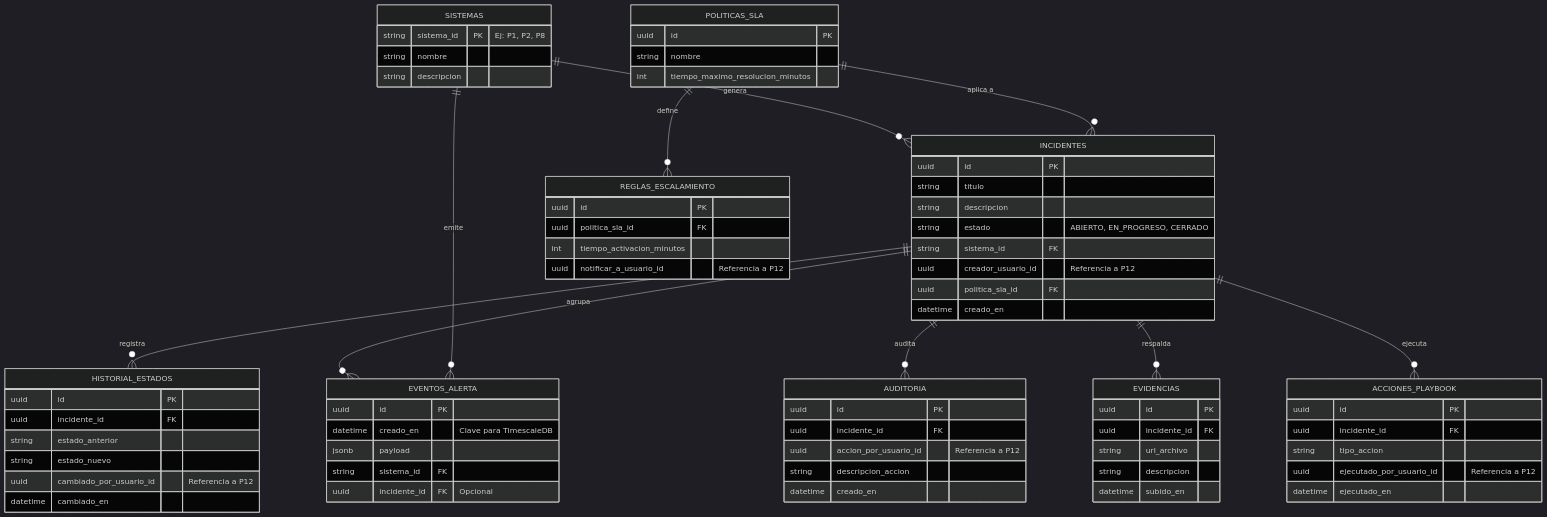
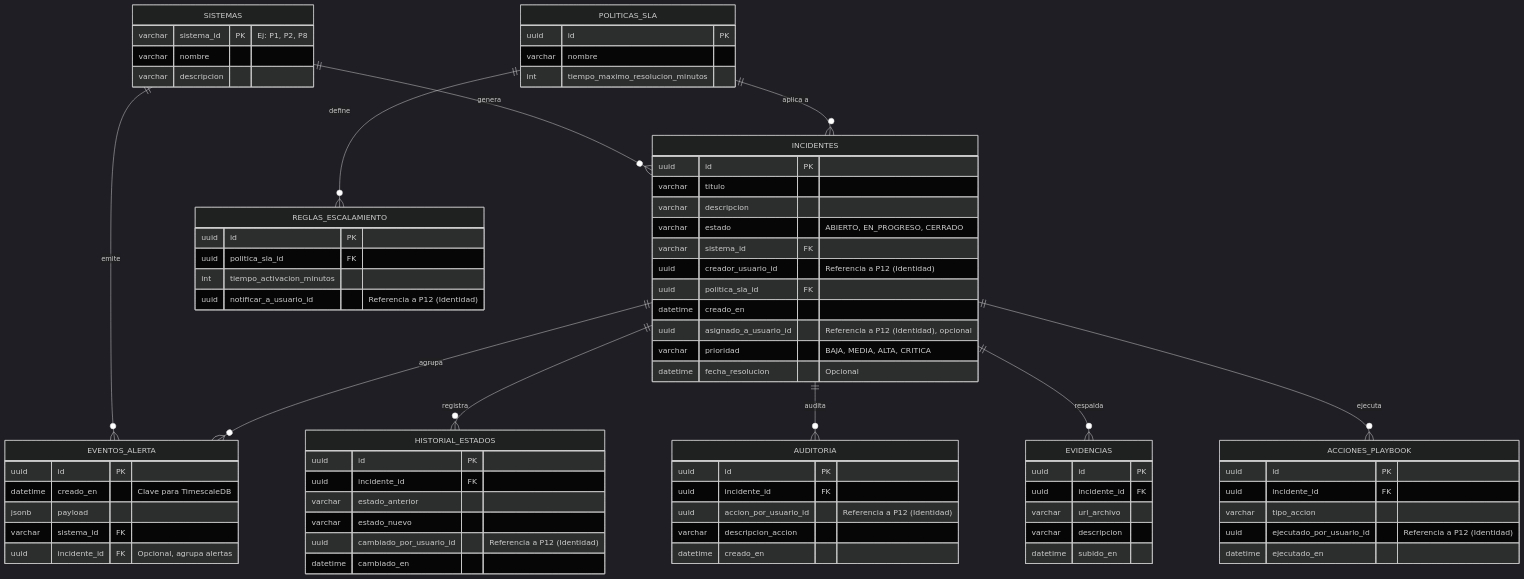
One commit to Fabrich21/Proyecto11---MochiCode changed the diagram in README.md. Above: the diagram before and after it, drawn with Mermaid (dark theme). The commit also changed other lines of this file and 9 other files, not shown here.

````diff
--- a/README.md
+++ b/README.md
@@ -63,42 +69,45 @@
 ```mermaid
 erDiagram
     SISTEMAS {
-        string sistema_id PK "Ej: P1, P2, P8"
-        string nombre
-        string descripcion
+        varchar sistema_id PK "Ej: P1, P2, P8"
+        varchar nombre
+        varchar descripcion
     }
 
     POLITICAS_SLA {
         uuid id PK
-        string nombre
+        varchar nombre
         int tiempo_maximo_resolucion_minutos
     }
 
     INCIDENTES {
         uuid id PK
-        string titulo
-        string descripcion
-        string estado "ABIERTO, EN_PROGRESO, CERRADO"
-        string sistema_id FK
-        uuid creador_usuario_id "Referencia a P12"
+        varchar titulo
+        varchar descripcion
+        varchar estado "ABIERTO, EN_PROGRESO, CERRADO"
+        varchar sistema_id FK
+        uuid creador_usuario_id "Referencia a P12 (Identidad)"
         uuid politica_sla_id FK
         datetime creado_en
+        uuid asignado_a_usuario_id "Referencia a P12 (Identidad), opcional"
+        varchar prioridad "BAJA, MEDIA, ALTA, CRITICA"
+        datetime fecha_resolucion "Opcional"
     }
 
     EVENTOS_ALERTA {
         uuid id PK
         datetime creado_en "Clave para TimescaleDB"
         jsonb payload
-        string sistema_id FK
-        uuid incidente_id FK "Opcional"
+        varchar sistema_id FK
+        uuid incidente_id FK "Opcional, agrupa alertas"
     }
 
     HISTORIAL_ESTADOS {
         uuid id PK
         uuid incidente_id FK
-        string estado_anterior
-        string estado_nuevo
-        uuid cambiado_por_usuario_id "Referencia a P12"
+        varchar estado_anterior
+        varchar estado_nuevo
+        uuid cambiado_por_usuario_id "Referencia a P12 (Identidad)"
         datetime cambiado_en
     }
 
@@ -106,41 +115,42 @@
         uuid id PK
         uuid politica_sla_id FK
         int tiempo_activacion_minutos
-        uuid notificar_a_usuario_id "Referencia a P12"
+        uuid notificar_a_usuario_id "Referencia a P12 (Identidad)"
     }
 
     AUDITORIA {
         uuid id PK
         uuid incidente_id FK
-        uuid accion_por_usuario_id "Referencia a P12"
-        string descripcion_accion
+        uuid accion_por_usuario_id "Referencia a P12 (Identidad)"
+        varchar descripcion_accion
         datetime creado_en
     }
 
     EVIDENCIAS {
         uuid id PK
         uuid incidente_id FK
-        string url_archivo
-        string descripcion
+        varchar url_archivo
+        varchar descripcion
         datetime subido_en
     }
 
     ACCIONES_PLAYBOOK {
         uuid id PK
         uuid incidente_id FK
-        string tipo_accion
-        uuid ejecutado_por_usuario_id "Referencia a P12"
+        varchar tipo_accion
+        uuid ejecutado_por_usuario_id "Referencia a P12 (Identidad)"
         datetime ejecutado_en
     }
 
     %% Relaciones
     SISTEMAS ||--o{ INCIDENTES : "genera"
     POLITICAS_SLA ||--o{ INCIDENTES : "aplica a"
+    SISTEMAS ||--o{ EVENTOS_ALERTA : "emite"
+    INCIDENTES ||--o{ EVENTOS_ALERTA : "agrupa"
     INCIDENTES ||--o{ HISTORIAL_ESTADOS : "registra"
     POLITICAS_SLA ||--o{ REGLAS_ESCALAMIENTO : "define"
-    INCIDENTES ||--o{ EVENTOS_ALERTA : "agrupa"
-    SISTEMAS ||--o{ EVENTOS_ALERTA : "emite"
     INCIDENTES ||--o{ AUDITORIA : "audita"
     INCIDENTES ||--o{ EVIDENCIAS : "respalda"
     INCIDENTES ||--o{ ACCIONES_PLAYBOOK : "ejecuta"
+
 ```
````
